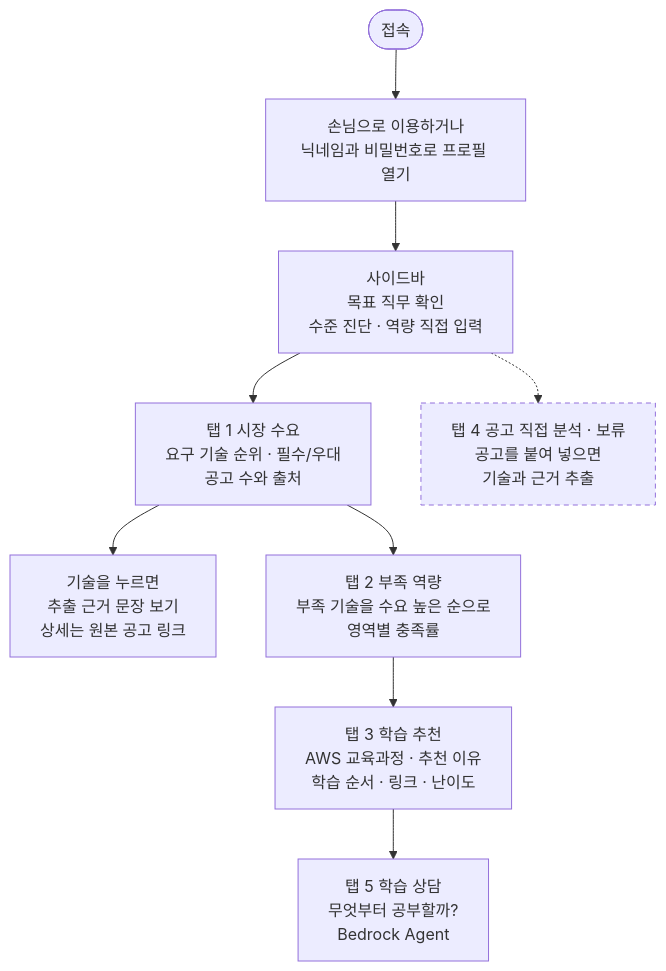
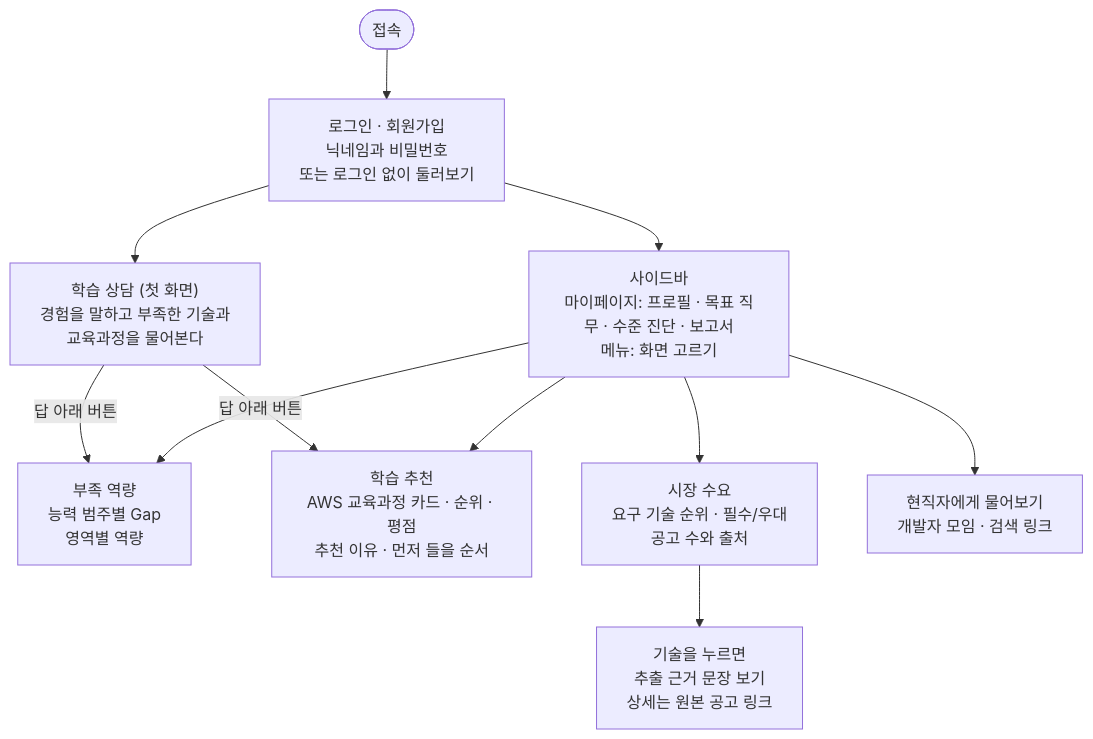
Before and after one commit to Sungsim-Metro/skillpath-ai-public: the first of 2 diagrams in docs/service-flow.md, drawn with Mermaid. The commit also changed other lines of this file and 10 other files, not shown here.

````diff
--- a/docs/service-flow.md
+++ b/docs/service-flow.md
@@ -11,14 +11,13 @@
 ```mermaid
 flowchart TD
-    start(["접속"]) --> login["손님으로 이용하거나<br/>닉네임과 비밀번호로 프로필 열기"]
-    login --> side["사이드바<br/>목표 직무 확인<br/>수준 진단 · 역량 직접 입력"]
-    side --> t1["탭 1 시장 수요<br/>요구 기술 순위 · 필수/우대<br/>공고 수와 출처"]
+    start(["접속"]) --> login["로그인 · 회원가입<br/>닉네임과 비밀번호<br/>또는 로그인 없이 둘러보기"]
+    login --> chat["학습 상담 (첫 화면)<br/>경험을 말하고 부족한 기술과<br/>교육과정을 물어본다"]
+    login --> side["사이드바<br/>마이페이지: 프로필 · 목표 직무 · 수준 진단 · 보고서<br/>메뉴: 화면 고르기"]
+    chat -- "답 아래 버튼" --> t2
+    chat -- "답 아래 버튼" --> t3
+    side --> t1["시장 수요<br/>요구 기술 순위 · 필수/우대<br/>공고 수와 출처"]
     t1 --> ev["기술을 누르면<br/>추출 근거 문장 보기<br/>상세는 원본 공고 링크"]
-    t1 --> t2["탭 2 부족 역량<br/>부족 기술을 수요 높은 순으로<br/>영역별 충족률"]
-    t2 --> t3["탭 3 학습 추천<br/>AWS 교육과정 · 추천 이유<br/>학습 순서 · 링크 · 난이도"]
-    t3 --> t5["탭 5 학습 상담<br/>무엇부터 공부할까?<br/>Bedrock Agent"]
-    side -.-> t4["탭 4 공고 직접 분석 · 보류<br/>공고를 붙여 넣으면<br/>기술과 근거 추출"]
-
-    classDef hold stroke-dasharray: 5 4
-    class t4 hold
+    side --> t2["부족 역량<br/>능력 범주별 Gap<br/>영역별 역량"]
+    side --> t3["학습 추천<br/>AWS 교육과정 카드 · 순위 · 평점<br/>추천 이유 · 먼저 들을 순서"]
+    side --> t4["현직자에게 물어보기<br/>개발자 모임 · 검색 링크"]
 ```
````
